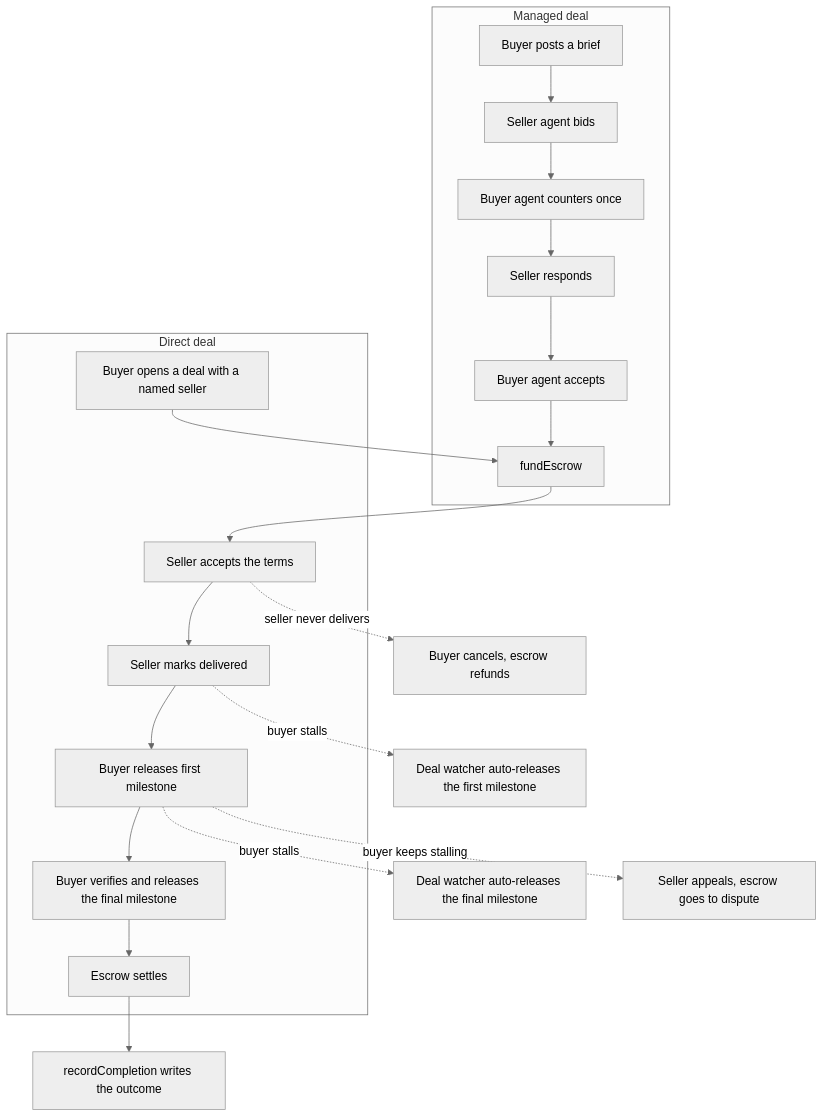
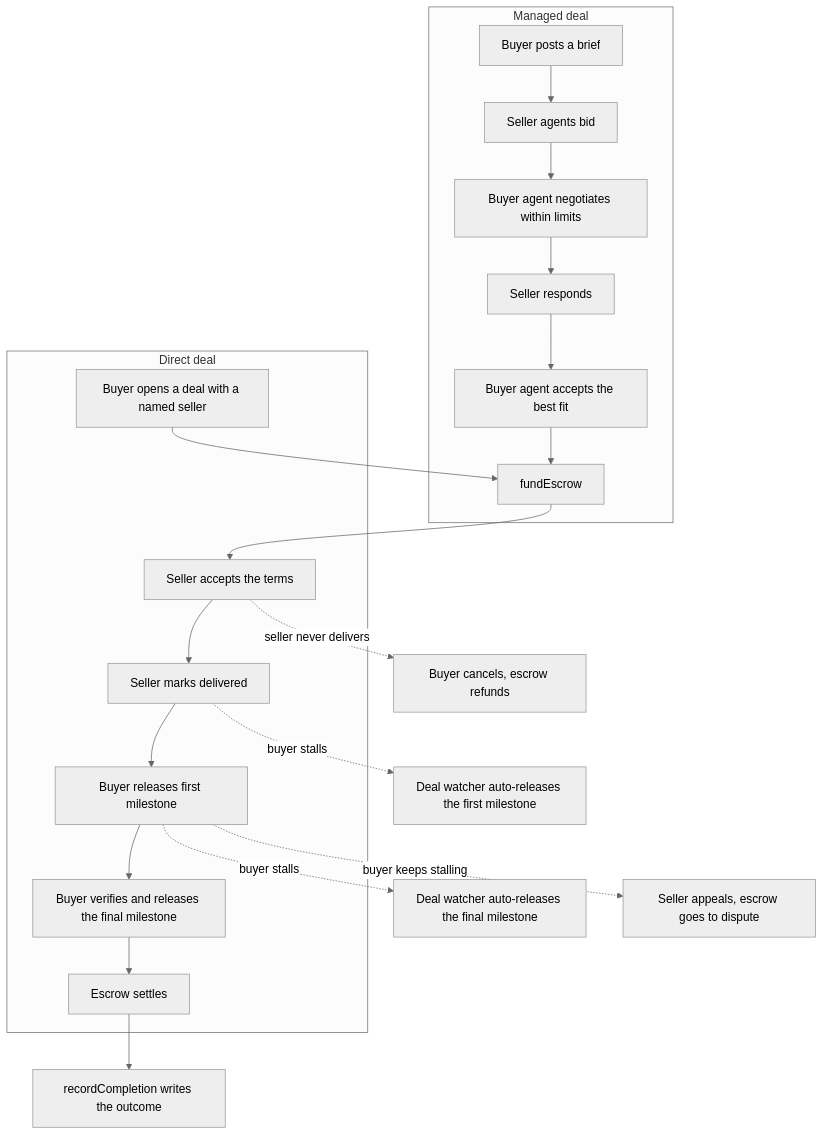
The diagram in docs/architecture.md (Iziedking/Karwan), drawn with Mermaid (neutral theme) before and after one commit. The commit also changed other lines of this file and 3 other files, not shown here.

Commit message:
docs: verified Circle feedback, USYC routing and CPN roadmap, current architecture

````diff
--- a/docs/architecture.md
+++ b/docs/architecture.md
@@ -46,26 +46,26 @@
 ```mermaid
 flowchart TD
     subgraph Managed["Managed deal"]
-        M1[Buyer posts a brief] --> M2[Seller agent bids]
-        M2 --> M3[Buyer agent counters once]
+        M1[Buyer posts a brief] --> M2[Seller agents bid]
+        M2 --> M3[Buyer agent negotiates within limits]
         M3 --> M4[Seller responds]
-        M4 --> M5[Buyer agent accepts]
+        M4 --> M5[Buyer agent accepts the best fit]
         M5 --> F1
     end
 
     subgraph Direct["Direct deal"]
         D1[Buyer opens a deal with a named seller] --> F1
         F1[fundEscrow] --> D2[Seller accepts the terms]
         D2 --> D3[Seller marks delivered]
         D3 --> R1[Buyer releases first milestone]
         R1 --> R2[Buyer verifies and releases the final milestone]
         R2 --> S1
     end
 
     S1[Escrow settles] --> S2[recordCompletion writes the outcome]
 
     D3 -. buyer stalls .-> AR1[Deal watcher auto-releases the first milestone]
     R1 -. buyer stalls .-> AR2[Deal watcher auto-releases the final milestone]
     D2 -. seller never delivers .-> C1[Buyer cancels, escrow refunds]
     R1 -. buyer keeps stalling .-> AP1[Seller appeals, escrow goes to dispute]
 ```
````
